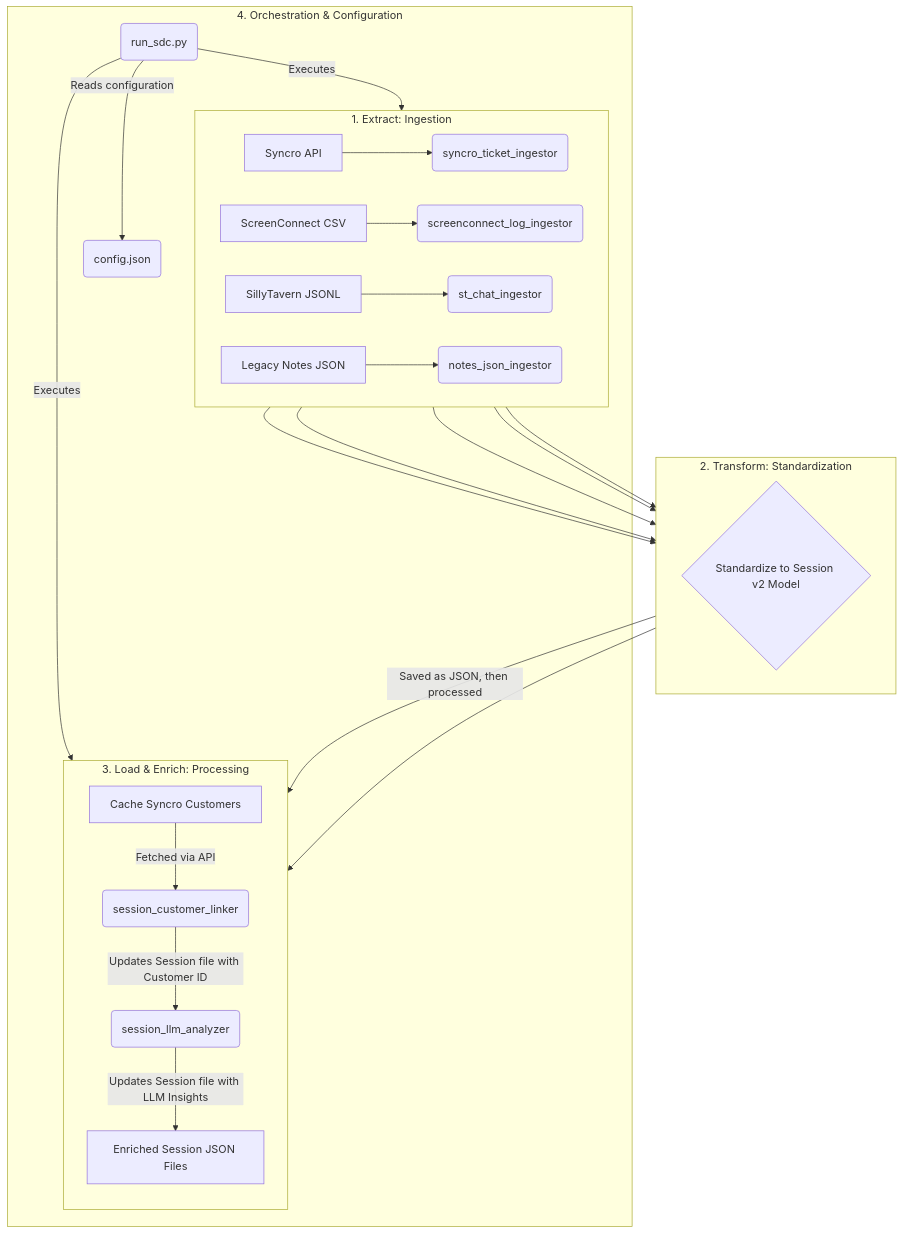
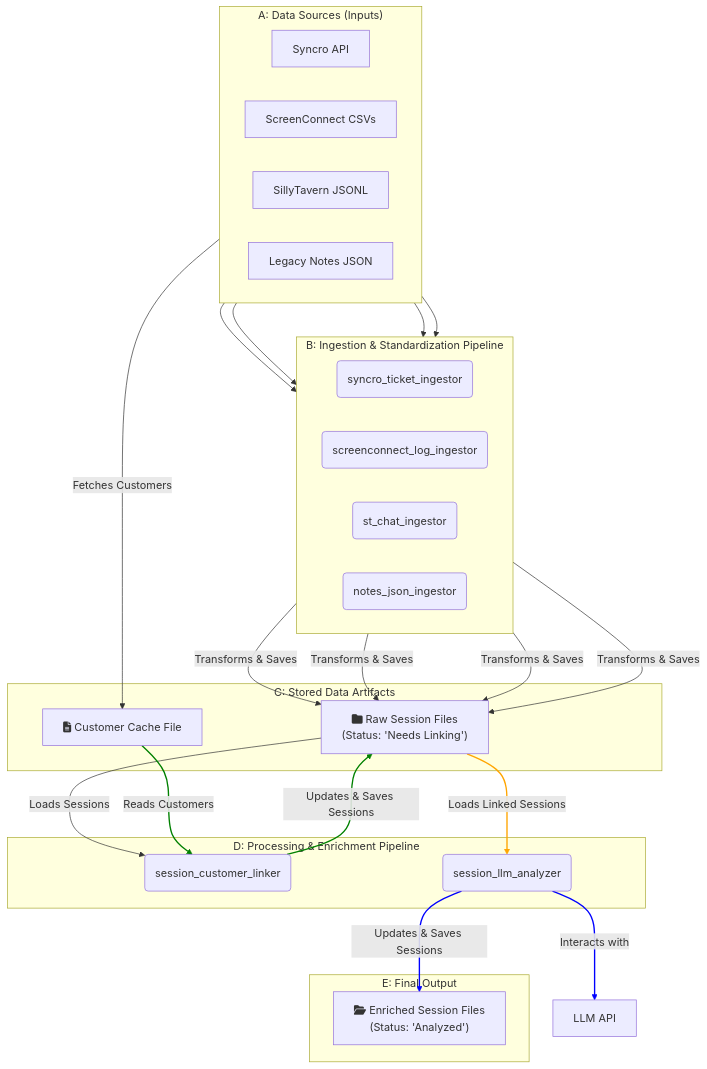
One commit to nfuller286/syncro_data_consolidator changed the diagram in README.md. Above: the diagram before and after it, drawn with Mermaid.

Commit message:
Update README.md
fixed data flow model

````diff
--- a/README.md
+++ b/README.md
@@ -22,34 +22,62 @@
 ```mermaid
 graph TD
-    subgraph A[1. Extract: Ingestion]
+    subgraph "A: Data Sources (Inputs)"
         direction LR
-        A1[Syncro API] --> I1(syncro_ticket_ingestor)
-        A2[ScreenConnect CSV] --> I2(screenconnect_log_ingestor)
-        A3[SillyTavern JSONL] --> I3(st_chat_ingestor)
-        A4[Legacy Notes JSON] --> I4(notes_json_ingestor)
+        S1[Syncro API]
+        S2[ScreenConnect CSVs]
+        S3[SillyTavern JSONL]
+        S4[Legacy Notes JSON]
     end
 
-    subgraph B[2. Transform: Standardization]
+    subgraph "B: Ingestion & Standardization Pipeline"
         direction LR
-        I1 --> T1{Standardize to Session v2 Model}
-        I2 --> T1
-        I3 --> T1
-        I4 --> T1
+        I1(syncro_ticket_ingestor)
+        I2(screenconnect_log_ingestor)
+        I3(st_chat_ingestor)
+        I4(notes_json_ingestor)
     end
 
-    subgraph C[3. Load & Enrich: Processing]
-        direction TB
-        C1[Cache Syncro Customers] -- Fetched via API --> P1(session_customer_linker)
-        T1 -- "Saved as JSON, then processed" --> P1
-        P1 -- "Updates Session file with Customer ID" --> P2(session_llm_analyzer)
-        P2 -- "Updates Session file with LLM Insights" --> O1[Enriched Session JSON Files]
+    subgraph "C: Stored Data Artifacts"
+        F1["fa:fa-folder Raw Session Files<br/>(Status: 'Needs Linking')"]
+        F2["fa:fa-file-alt Customer Cache File"]
     end
 
-    subgraph D[4. Orchestration & Configuration]
-        D1(run_sdc.py) -- "Reads configuration" --> D2(config.json)
-        D1 -- "Executes" --> A
-        D1 -- "Executes" --> C
+    subgraph "D: Processing & Enrichment Pipeline"
+        P1(session_customer_linker)
+        P2(session_llm_analyzer)
     end
 
-    A --> B --> C
+    subgraph "E: Final Output"
+        O1["fa:fa-folder-open Enriched Session Files<br/>(Status: 'Analyzed')"]
+    end
+
+    %% Define the flow
+    S1 --> I1
+    S2 --> I2
+    S3 --> I3
+    S4 --> I4
+
+    I1 -- Transforms & Saves --> F1
+    I2 -- Transforms & Saves --> F1
+    I3 -- Transforms & Saves --> F1
+    I4 -- Transforms & Saves --> F1
+
+    %% Caching Flow
+    S1 -- Fetches Customers --> F2
+
+    %% Processing Flow
+    F1 -- "Loads Sessions" --> P1
+    F2 -- "Reads Customers" --> P1
+    P1 -- "Updates & Saves Sessions" --> F1
+
+    F1 -- "Loads Linked Sessions" --> P2
+    P2 -- Interacts with --> LLM[LLM API]
+    P2 -- "Updates & Saves Sessions" --> O1
+
+    %% Annotations
+    linkStyle 10 stroke-width:2px,fill:none,stroke:green;
+    linkStyle 11 stroke-width:2px,fill:none,stroke:green;
+    linkStyle 12 stroke-width:2px,fill:none,stroke:orange;
+    linkStyle 13 stroke-width:2px,fill:none,stroke:blue;
+    linkStyle 14 stroke-width:2px,fill:none,stroke:blue;
 ```
````
